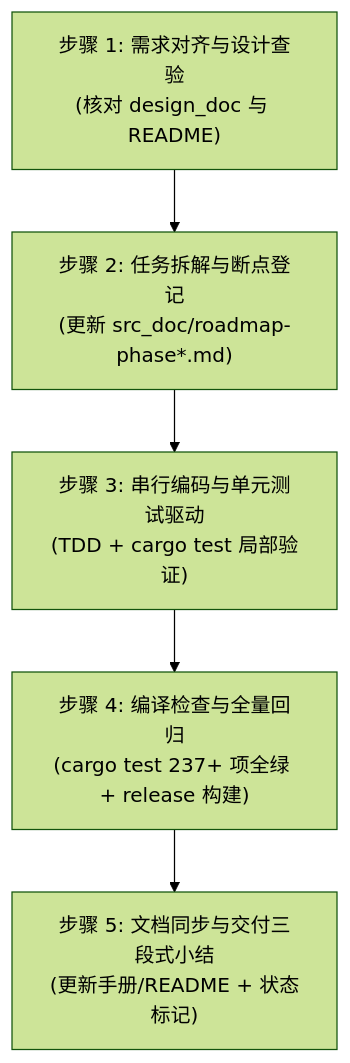
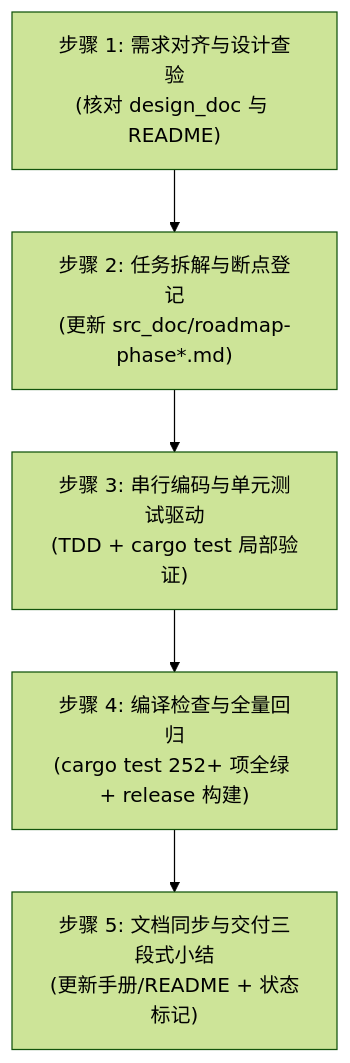
One commit to digoal/agent-body changed the diagram in skills/agent-steward-developer/SKILL.md. Above: the diagram before and after it, drawn with Mermaid (forest theme). The commit also changed other lines of this file and 28 other files, not shown here.

````diff
--- a/skills/agent-steward-developer/SKILL.md
+++ b/skills/agent-steward-developer/SKILL.md
@@ -90,7 +92,7 @@
 ```mermaid
 flowchart TD
     A["步骤 1: 需求对齐与设计查验<br/>(核对 design_doc 与 README)"] --> B["步骤 2: 任务拆解与断点登记<br/>(更新 src_doc/roadmap-phase*.md)"]
     B --> C["步骤 3: 串行编码与单元测试驱动<br/>(TDD + cargo test 局部验证)"]
-    C --> D["步骤 4: 编译检查与全量回归<br/>(cargo test 237+ 项全绿 + release 构建)"]
+    C --> D["步骤 4: 编译检查与全量回归<br/>(cargo test 252+ 项全绿 + release 构建)"]
     D --> E["步骤 5: 文档同步与交付三段式小结<br/>(更新手册/README + 状态标记)"]
 ```
````
